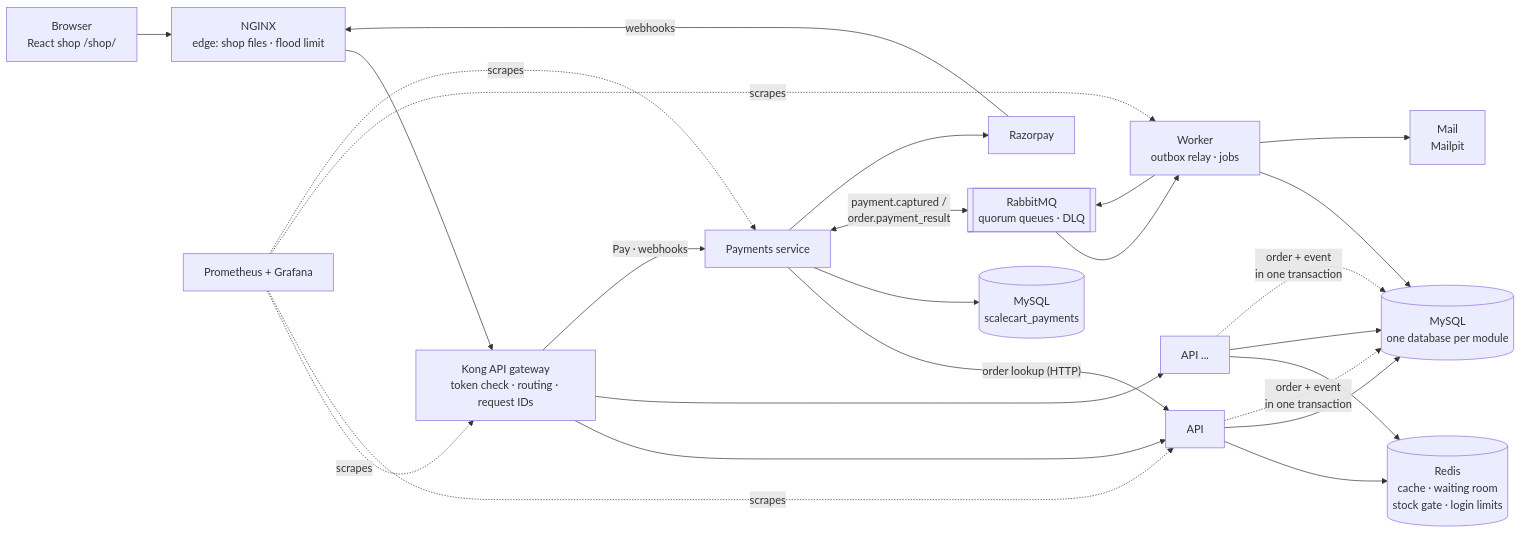
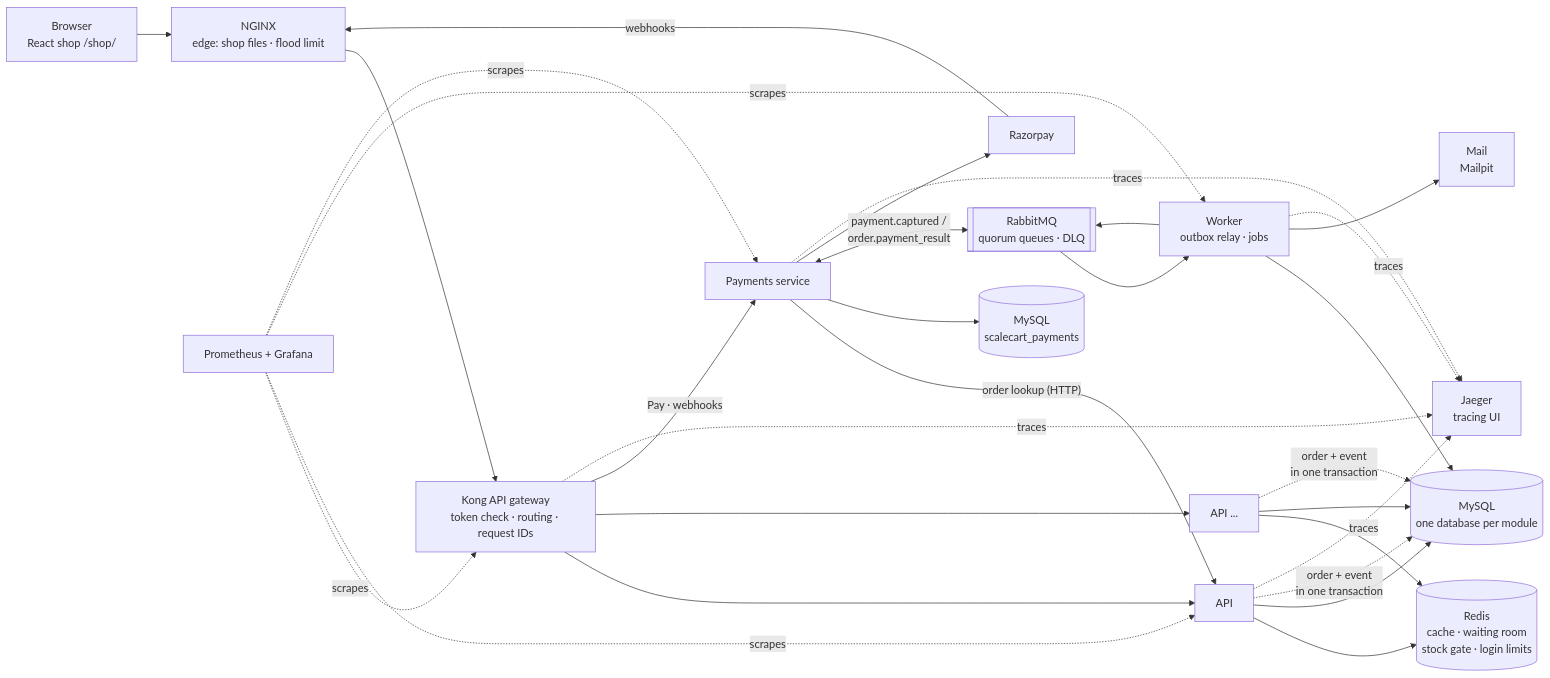
One commit to prince-1905/scaleCart changed the diagram in README.md. Above: the diagram before and after it, drawn with Mermaid. The commit also changed other lines of this file and 35 other files, not shown here.

First line of the commit message:
Phase 10: distributed tracing with OpenTelemetry and Jaeger, E13

````diff
--- a/README.md
+++ b/README.md
@@ -46,21 +47,22 @@
 ```mermaid
 flowchart LR
     B[Browser<br/>React shop /shop/] --> LB[NGINX<br/>edge: shop files · flood limit]
     RZ[Razorpay] -- webhooks --> LB
     LB --> GW[Kong API gateway<br/>token check · routing · request IDs]
     GW --> API1[API]
     GW --> API2[API ...]
     GW -- Pay · webhooks --> PAY[Payments service]
     PAY -- "order lookup (HTTP)" --> API1
     PAY --> PM[(MySQL<br/>scalecart_payments)]
     PAY <-- "payment.captured /<br/>order.payment_result" --> Q
     PAY --> RZ
     API1 & API2 --> R[(Redis<br/>cache · waiting room<br/>stock gate · login limits)]
     API1 & API2 --> M[(MySQL<br/>one database per module)]
     API1 & API2 -. order + event<br/>in one transaction .-> M
     W[Worker<br/>outbox relay · jobs] --> M
     W --> Q[[RabbitMQ<br/>quorum queues · DLQ]]
     Q --> W
     W --> MP[Mail<br/>Mailpit]
     P[Prometheus + Grafana] -. scrapes .-> GW & API1 & W & PAY
+    GW & API1 & W & PAY -. traces .-> J[Jaeger<br/>tracing UI]
 ```
````
